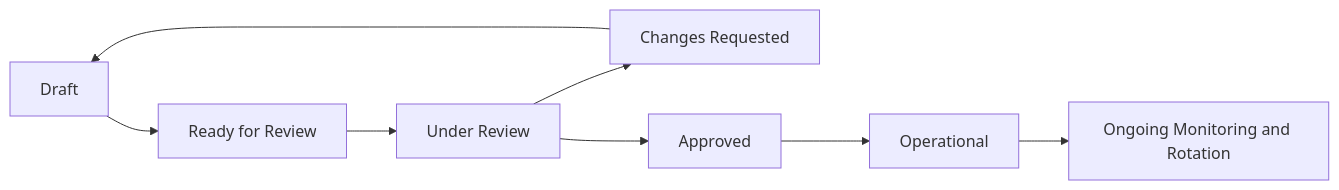
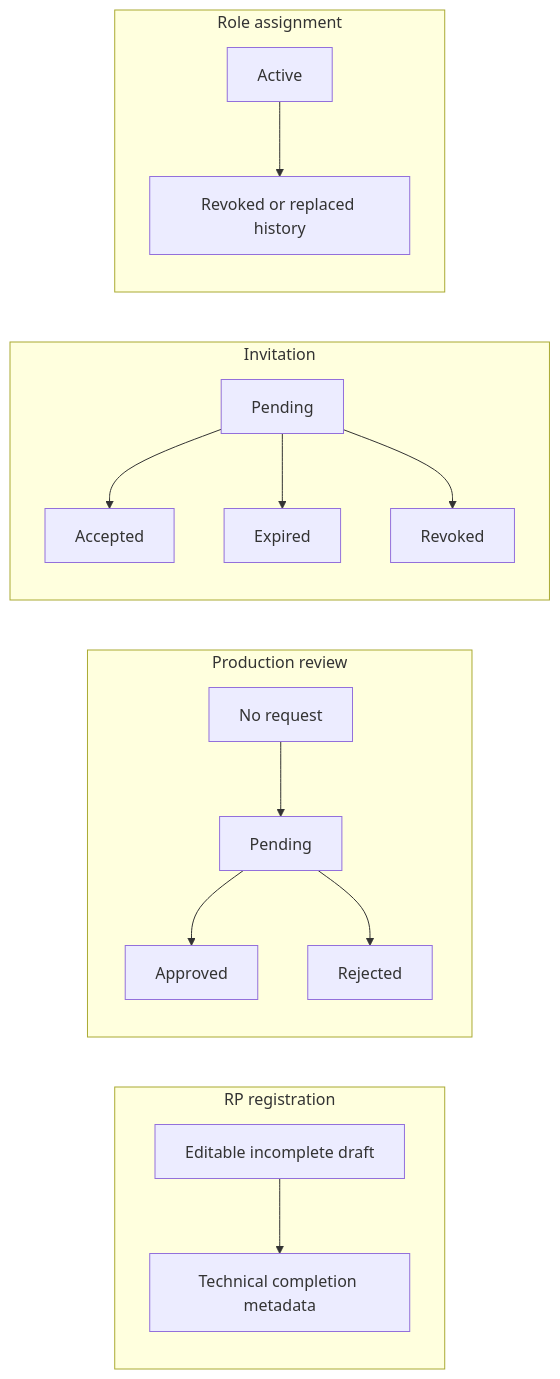
The fifth of 5 diagrams in docs/plans/partner-portal-diagrams.md (cds-snc/canadalogin-partner-portal), drawn with Mermaid before and after one commit. The commit also changed other lines of this file and 1343 other files, not shown here.

````diff
--- a/docs/plans/partner-portal-diagrams.md
+++ b/docs/plans/partner-portal-diagrams.md
@@ -156,10 +192,22 @@
 ```mermaid
 flowchart LR
-    Draft[Draft] --> Ready[Ready for Review]
-    Ready --> Review[Under Review]
-    Review --> Changes[Changes Requested]
-    Changes --> Draft
-    Review --> Approved[Approved]
-    Approved --> Operational[Operational]
-    Operational --> Ongoing[Ongoing Monitoring and Rotation]
+    subgraph Registration[RP registration]
+        Draft[Editable incomplete draft] --> Complete[Technical completion metadata]
+    end
+
+    subgraph Review[Production review]
+        Absent[No request] --> Pending[Pending]
+        Pending --> Approved[Approved]
+        Pending --> Rejected[Rejected]
+    end
+
+    subgraph Invite[Invitation]
+        IPending[Pending] --> Accepted[Accepted]
+        IPending --> Expired[Expired]
+        IPending --> Revoked[Revoked]
+    end
+
+    subgraph Assignment[Role assignment]
+        Active[Active] --> Historical[Revoked or replaced history]
+    end
 ```
````
